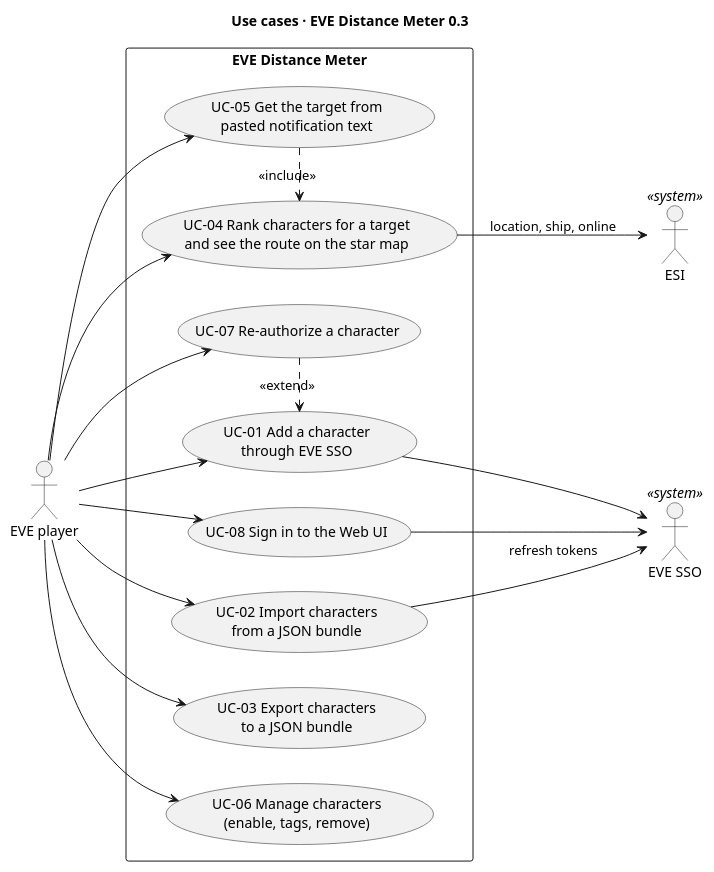
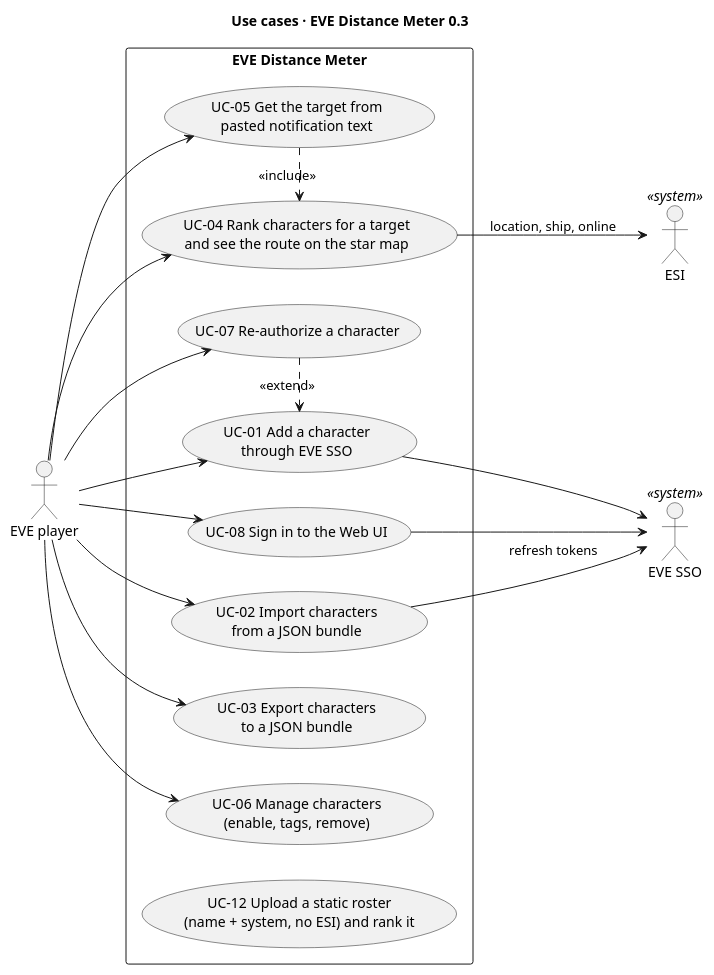
Before and after one commit to Headruner/war-bot-2: the diagram in docs/c4/00-use-cases.puml, drawn with PlantUML. The commit also changed 6 other files, not shown here.

First line of the commit message:
docs: document the static roster

```diff
--- a/docs/c4/00-use-cases.puml
+++ b/docs/c4/00-use-cases.puml
@@ -1,33 +1,34 @@
 @startuml use-cases
 title Use cases · EVE Distance Meter 0.3
 left to right direction
 skinparam shadowing false
 skinparam packageStyle rectangle
 actor "EVE player" as user
 actor "EVE SSO" as sso <<system>>
 actor "ESI" as esi <<system>>
 rectangle "EVE Distance Meter" {
   usecase "UC-08 Sign in to the Web UI" as UC8
   usecase "UC-01 Add a character\nthrough EVE SSO" as UC1
   usecase "UC-07 Re-authorize a character" as UC7
   usecase "UC-02 Import characters\nfrom a JSON bundle" as UC2
   usecase "UC-03 Export characters\nto a JSON bundle" as UC3
   usecase "UC-06 Manage characters\n(enable, tags, remove)" as UC6
   usecase "UC-04 Rank characters for a target\nand see the route on the star map" as UC4
   usecase "UC-05 Get the target from\npasted notification text" as UC5
+  usecase "UC-12 Upload a static roster\n(name + system, no ESI) and rank it" as UC12
 }
 user --> UC8
 user --> UC1
 user --> UC7
 user --> UC2
 user --> UC3
 user --> UC6
 user --> UC4
 user --> UC5
 UC5 .> UC4 : <<include>>
 UC7 .> UC1 : <<extend>>
 UC8 --> sso
 UC1 --> sso
 UC2 --> sso : refresh tokens
 UC4 --> esi : location, ship, online
 @enduml
```
